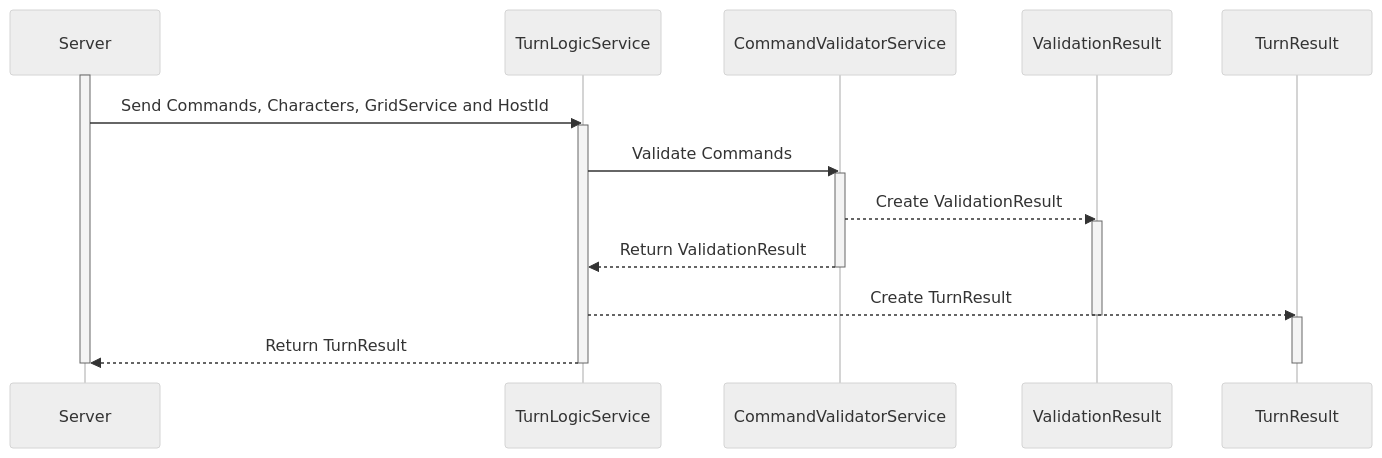
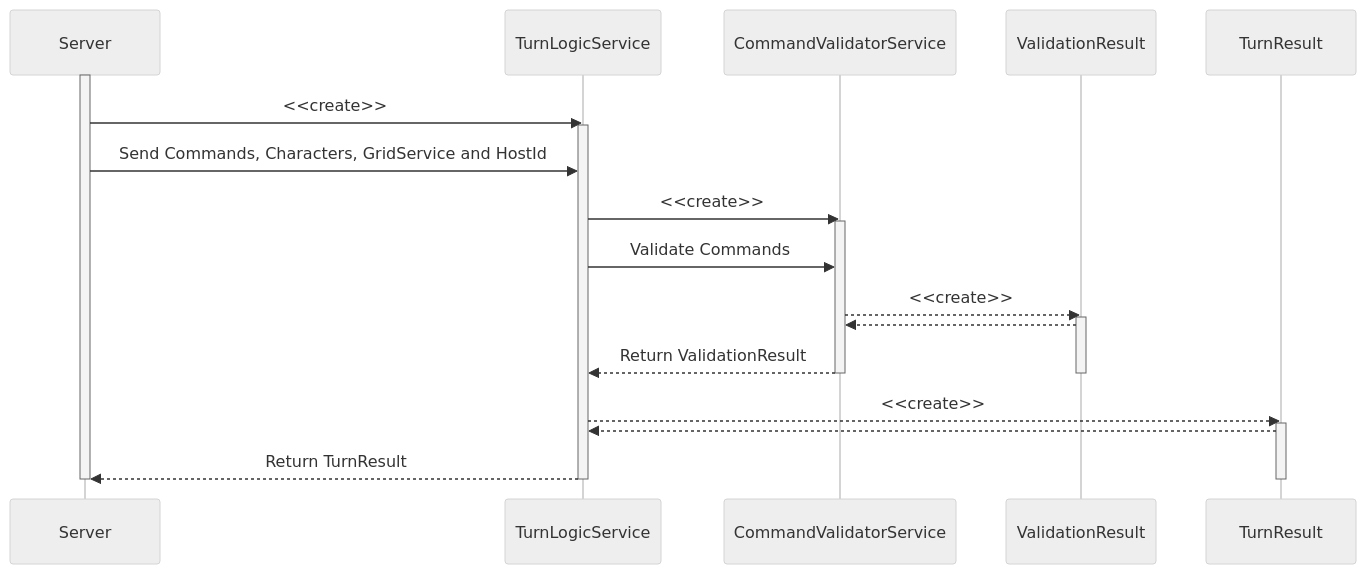
One commit to B-Team-Organisation/Fantasy-Chess changed the second of 3 diagrams in documentation/Writerside/topics/Turn-Logic-Service.md. Above: the diagram before and after it, drawn with Mermaid (neutral theme). The commit also changed other lines of this file, not shown here.

Commit message:
[Documentation] Improving Diagrams and adding method heads.

````diff
--- a/documentation/Writerside/topics/Turn-Logic-Service.md
+++ b/documentation/Writerside/topics/Turn-Logic-Service.md
@@ -82,28 +91,32 @@
 ```mermaid
 sequenceDiagram
     participant Server
     participant TurnLogicService
     participant CommandValidatorService
     participant ValidationResult
     participant TurnResult
         
     activate Server    
+    Server ->>TurnLogicService: <<create>>
+    activate TurnLogicService
     Server ->>TurnLogicService: Send Commands, Characters, GridService and HostId
-    activate TurnLogicService
+
+    TurnLogicService->>CommandValidatorService: <<create>>
+    activate CommandValidatorService
+    TurnLogicService->>CommandValidatorService: Validate Commands
     
-    TurnLogicService->>CommandValidatorService: Validate Commands
-    activate CommandValidatorService
-    
-    CommandValidatorService-->>ValidationResult: Create ValidationResult
+    CommandValidatorService-->>ValidationResult: <<create>>
     activate ValidationResult
+    ValidationResult-->>CommandValidatorService: 
     CommandValidatorService-->>TurnLogicService: Return ValidationResult
     deactivate CommandValidatorService
-    
-    TurnLogicService-->>TurnResult: Create TurnResult
     deactivate ValidationResult
+
+    TurnLogicService-->>TurnResult: <<create>>
     activate TurnResult
+    TurnResult-->>TurnLogicService: 
     TurnLogicService-->>Server: Return TurnResult
     deactivate TurnLogicService
     deactivate TurnResult
     deactivate Server
 ```
````
